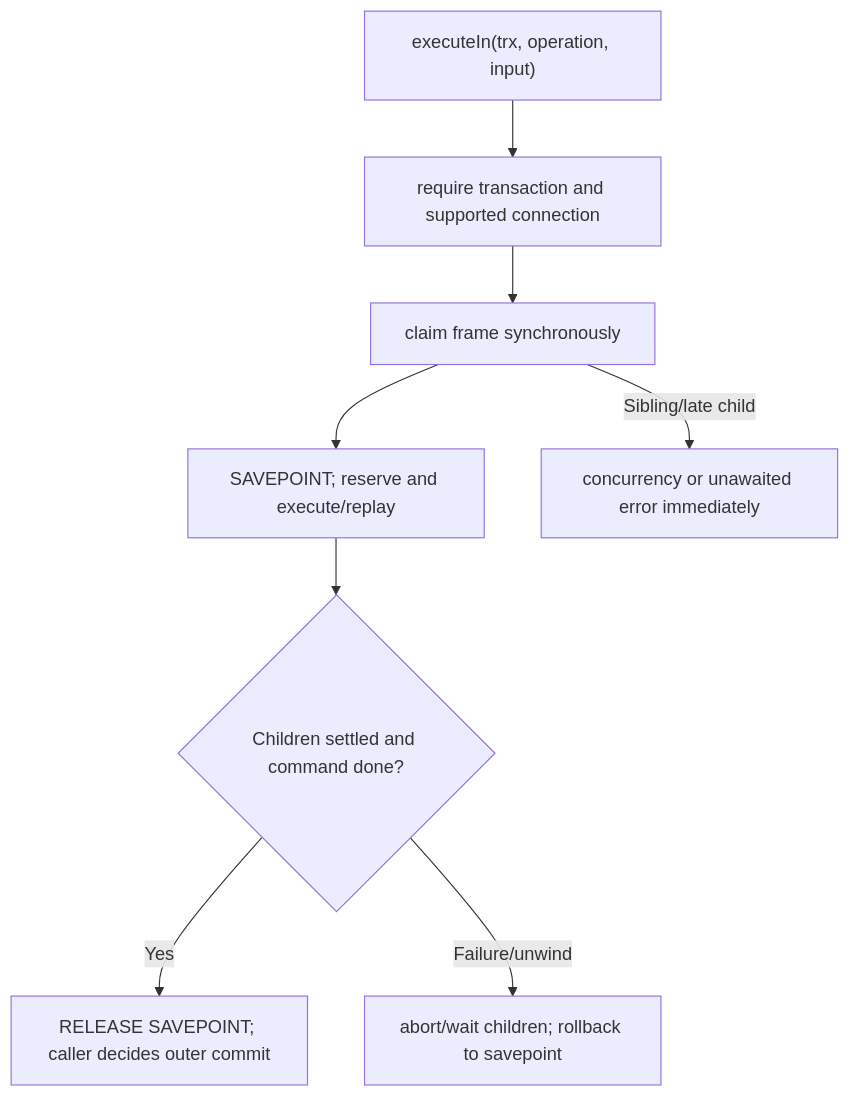
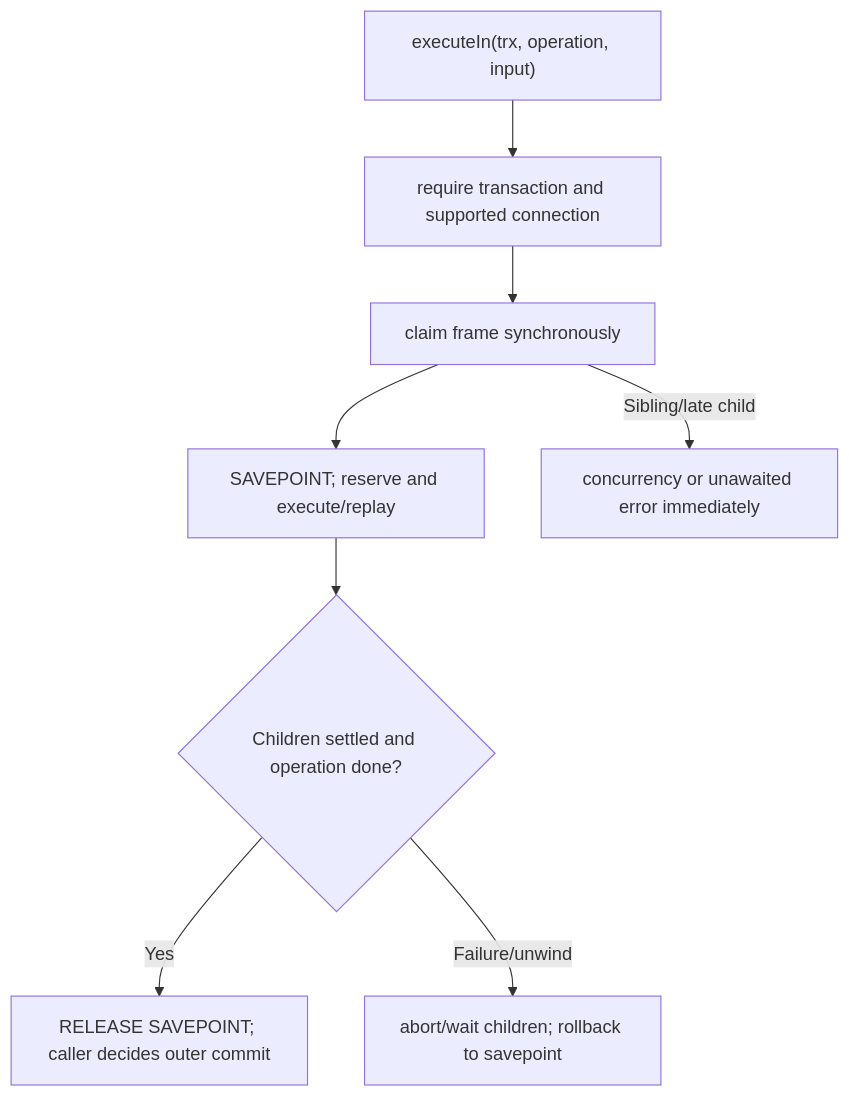
The second of 2 diagrams in user-stories/US-GUARD-02-compose-transaction.md (Kevinjohn/oss-adonisjs-duplicate-request-guard), drawn with Mermaid before and after one commit. The commit also changed other lines of this file and 37 other files, not shown here.

````diff
--- a/user-stories/US-GUARD-02-compose-transaction.md
+++ b/user-stories/US-GUARD-02-compose-transaction.md
@@ -37,10 +37,10 @@
 ```mermaid
 flowchart TD
     A["executeIn(trx, operation, input)"] --> B["require transaction and supported connection"]
     B --> C["claim frame synchronously"]
     C --> D["SAVEPOINT; reserve and execute/replay"]
-    D --> E{"Children settled and command done?"}
+    D --> E{"Children settled and operation done?"}
     E -->|Yes| F["RELEASE SAVEPOINT; caller decides outer commit"]
     E -->|Failure/unwind| G["abort/wait children; rollback to savepoint"]
     C -->|Sibling/late child| H["concurrency or unawaited error immediately"]
 ```
````
